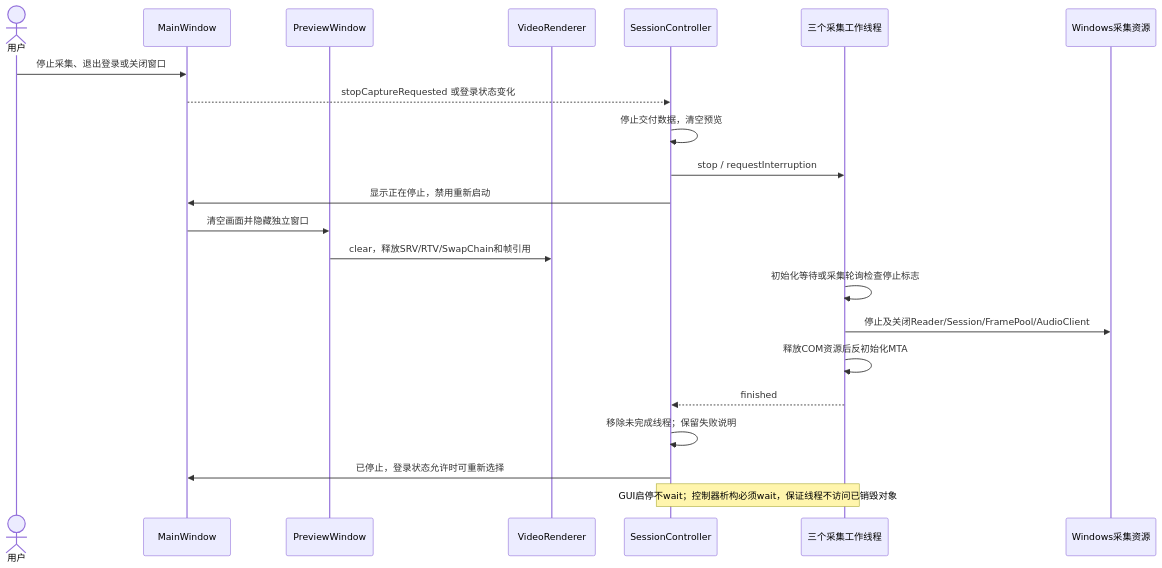
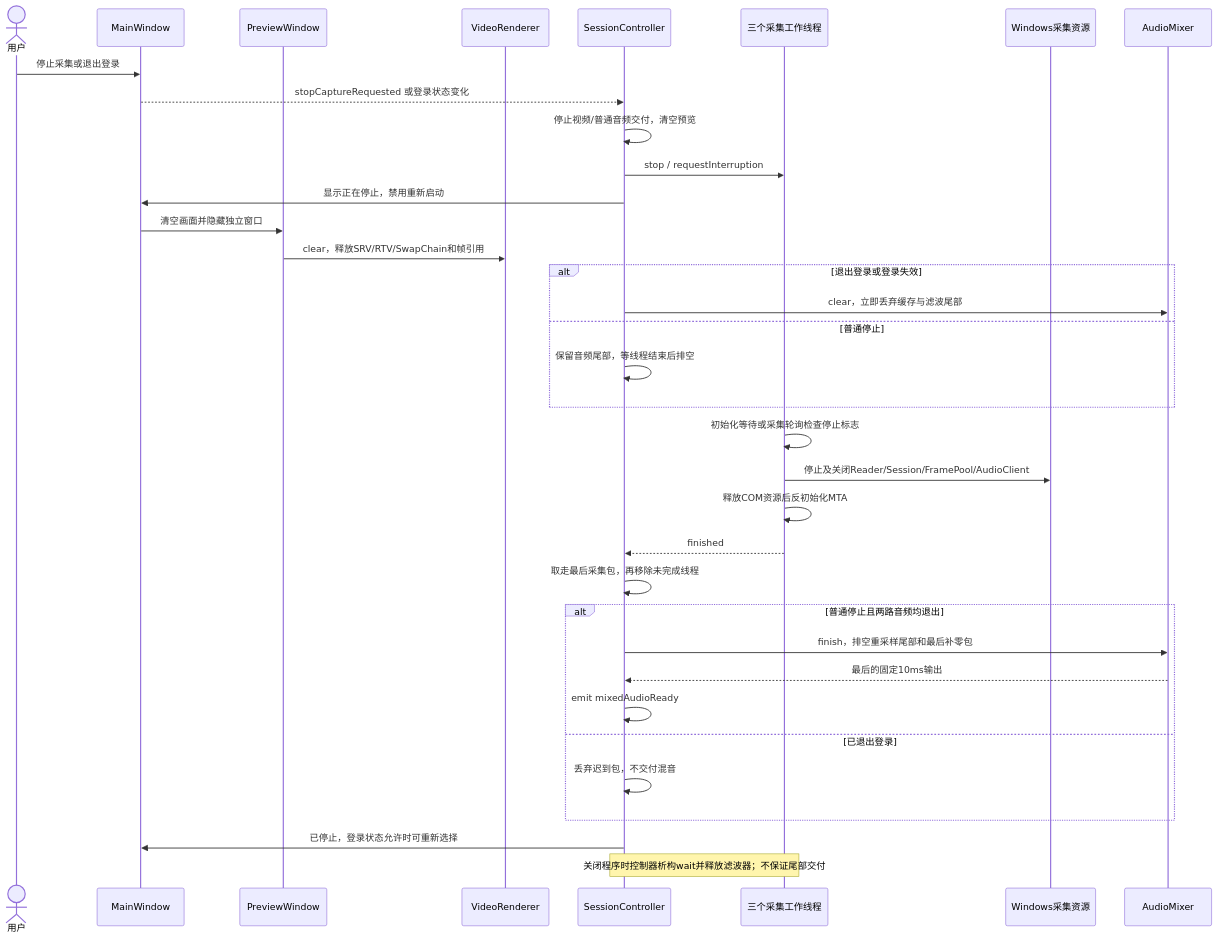
The diagram in docs/uml/capture-stop.mmd (kingsman-svg/OBS), drawn with Mermaid before and after one commit. The commit also changed 57 other files, not shown here.

```diff
--- a/docs/uml/capture-stop.mmd
+++ b/docs/uml/capture-stop.mmd
@@ -1,22 +1,35 @@
 sequenceDiagram
 actor U as 用户
 participant V as MainWindow
 participant P as PreviewWindow
 participant R as VideoRenderer
 participant C as SessionController
 participant W as 三个采集工作线程
 participant S as Windows采集资源
-U->>V: 停止采集、退出登录或关闭窗口
+participant M as AudioMixer
+U->>V: 停止采集或退出登录
 V-->>C: stopCaptureRequested 或登录状态变化
-C->>C: 停止交付数据，清空预览
+C->>C: 停止视频/普通音频交付，清空预览
 C->>W: stop / requestInterruption
 C->>V: 显示正在停止，禁用重新启动
 V->>P: 清空画面并隐藏独立窗口
 P->>R: clear，释放SRV/RTV/SwapChain和帧引用
+alt 退出登录或登录失效
+C->>M: clear，立即丢弃缓存与滤波尾部
+else 普通停止
+C->>C: 保留音频尾部，等线程结束后排空
+end
 W->>W: 初始化等待或采集轮询检查停止标志
 W->>S: 停止及关闭Reader/Session/FramePool/AudioClient
 W->>W: 释放COM资源后反初始化MTA
 W-->>C: finished
-C->>C: 移除未完成线程；保留失败说明
+C->>C: 取走最后采集包，再移除未完成线程
+alt 普通停止且两路音频均退出
+C->>M: finish，排空重采样尾部和最后补零包
+M-->>C: 最后的固定10ms输出
+C->>C: emit mixedAudioReady
+else 已退出登录
+C->>C: 丢弃迟到包，不交付混音
+end
 C->>V: 已停止，登录状态允许时可重新选择
-Note over C,W: GUI启停不wait；控制器析构必须wait，保证线程不访问已销毁对象
+Note over C,W: 关闭程序时控制器析构wait并释放滤波器；不保证尾部交付
```
